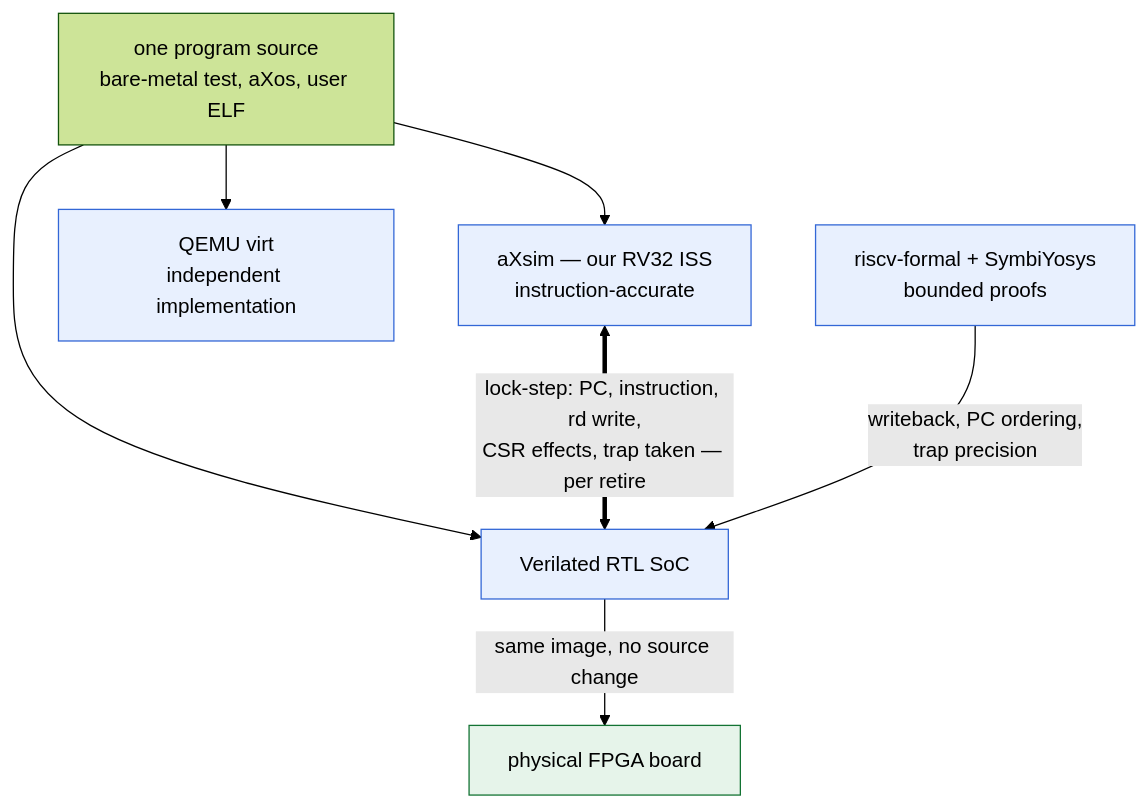
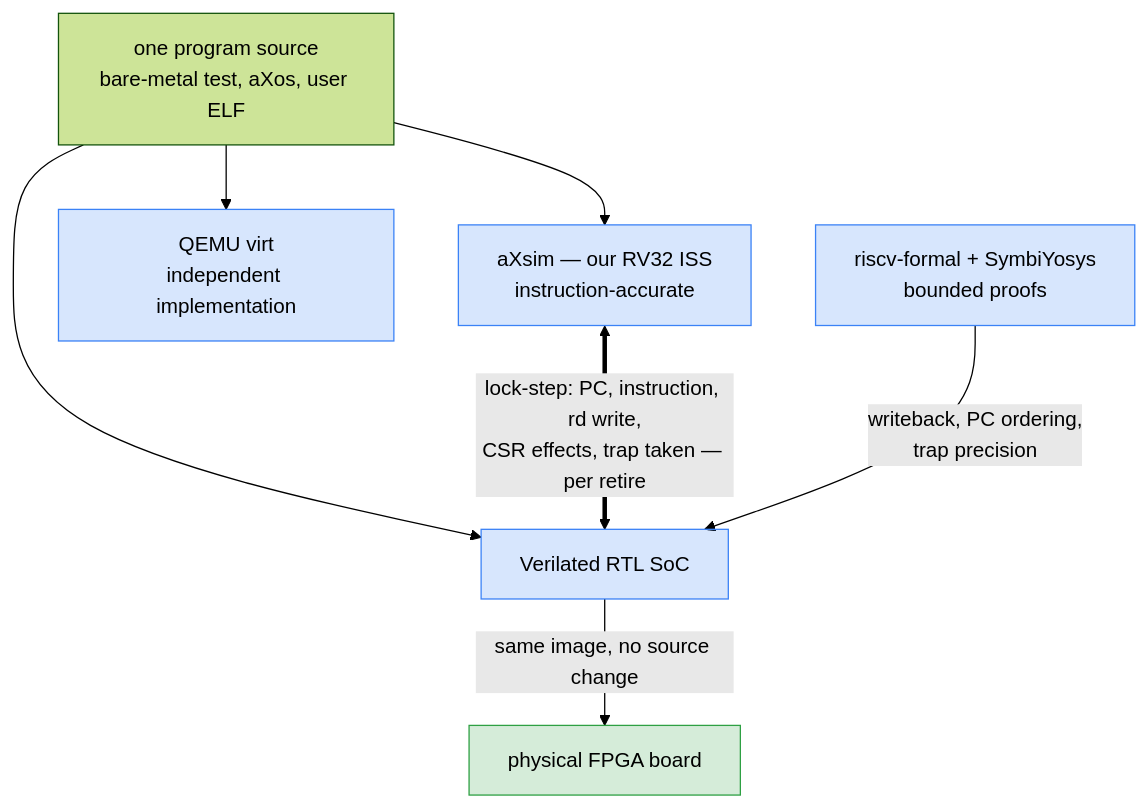
One commit to Scynth-Labs/atomiX changed the sixth of 7 diagrams in DESIGN.md. Above: the diagram before and after it, drawn with Mermaid (forest theme). The commit also changed other lines of this file and 5 other files, not shown here.

Commit message:
Update diagram styles for consistency across documentation

````diff
--- a/DESIGN.md
+++ b/DESIGN.md
@@ -588,21 +588,21 @@
 ```mermaid
 flowchart TB
   src["one program source<br/>bare-metal test, aXos, user ELF"]
   iss["aXsim — our RV32 ISS<br/>instruction-accurate"]
   qemu["QEMU virt<br/>independent implementation"]
   rtl["Verilated RTL SoC"]
   formal["riscv-formal + SymbiYosys<br/>bounded proofs"]
   board["physical FPGA board"]
 
   src --> iss
   src --> qemu
   src --> rtl
   iss <==>|"lock-step: PC, instruction, rd write,<br/>CSR effects, trap taken — per retire"| rtl
   formal -->|"writeback, PC ordering,<br/>trap precision"| rtl
   rtl -->|"same image, no source change"| board
 
-  classDef sim fill:#e8f0fe,stroke:#3367d6
-  classDef phys fill:#e6f4ea,stroke:#137333
+  classDef sim fill:#3b82f633,stroke:#3b82f6
+  classDef phys fill:#2ea04333,stroke:#2ea043
   class iss,qemu,rtl,formal sim
   class board phys
 ```
````
